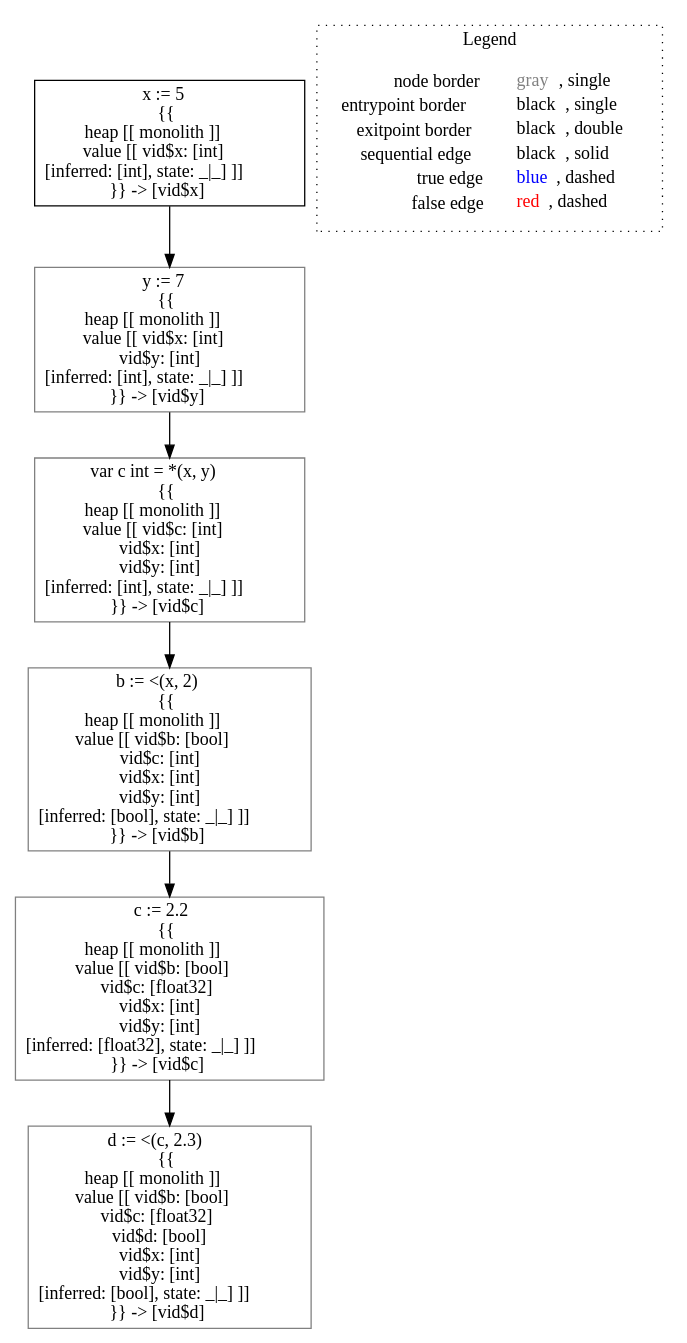
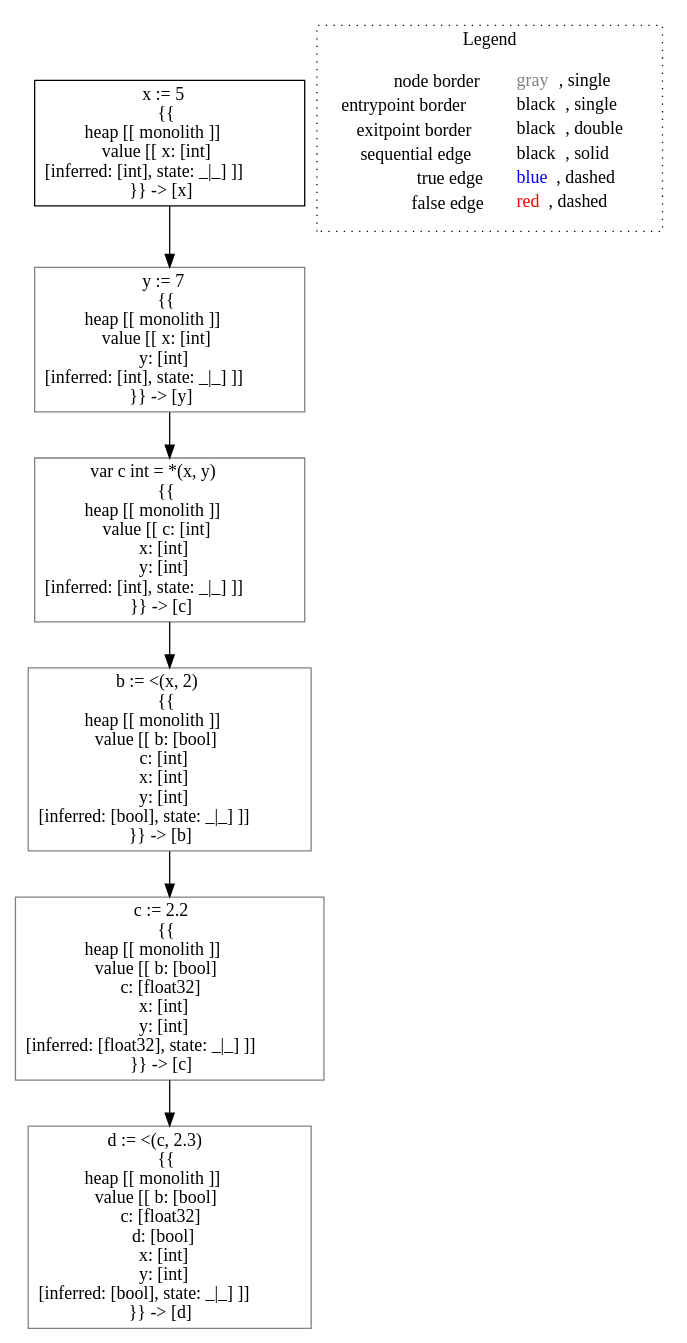
One commit to lisa-analyzer/go-lisa changed the diagram in go-lisa/go-testcases/typing/typing___untyped_~LiSAProgram.relTyping().dot. Above: the diagram before and after it, drawn with Graphviz. The commit also changed 10 other files, not shown here.

```diff
--- a/go-lisa/go-testcases/typing/typing___untyped_~LiSAProgram.relTyping().dot
+++ b/go-lisa/go-testcases/typing/typing___untyped_~LiSAProgram.relTyping().dot
@@ -1,20 +1,20 @@
 digraph {
-	"node0" [shape="rect",color="black",label=<x := 5<BR/>{{<BR/>heap [[ monolith ]]<BR/>value [[ vid$x: [int]<BR/>[inferred: [int], state: _|_] ]]<BR/>}} -&gt; [vid$x]>];
-	"node1" [shape="rect",color="gray",label=<b := &lt;(x, 2)<BR/>{{<BR/>heap [[ monolith ]]<BR/>value [[ vid$b: [bool]<BR/>vid$c: [int]<BR/>vid$x: [int]<BR/>vid$y: [int]<BR/>[inferred: [bool], state: _|_] ]]<BR/>}} -&gt; [vid$b]>];
-	"node2" [shape="rect",color="gray",label=<y := 7<BR/>{{<BR/>heap [[ monolith ]]<BR/>value [[ vid$x: [int]<BR/>vid$y: [int]<BR/>[inferred: [int], state: _|_] ]]<BR/>}} -&gt; [vid$y]>];
-	"node3" [shape="rect",color="gray",label=<d := &lt;(c, 2.3)<BR/>{{<BR/>heap [[ monolith ]]<BR/>value [[ vid$b: [bool]<BR/>vid$c: [float32]<BR/>vid$d: [bool]<BR/>vid$x: [int]<BR/>vid$y: [int]<BR/>[inferred: [bool], state: _|_] ]]<BR/>}} -&gt; [vid$d]>];
-	"node4" [shape="rect",color="gray",label=<var c int = *(x, y)<BR/>{{<BR/>heap [[ monolith ]]<BR/>value [[ vid$c: [int]<BR/>vid$x: [int]<BR/>vid$y: [int]<BR/>[inferred: [int], state: _|_] ]]<BR/>}} -&gt; [vid$c]>];
-	"node5" [shape="rect",color="gray",label=<c := 2.2<BR/>{{<BR/>heap [[ monolith ]]<BR/>value [[ vid$b: [bool]<BR/>vid$c: [float32]<BR/>vid$x: [int]<BR/>vid$y: [int]<BR/>[inferred: [float32], state: _|_] ]]<BR/>}} -&gt; [vid$c]>];
-	"node1" -> "node5" [color="black"];
-	"node2" -> "node4" [color="black"];
+	"node0" [shape="rect",color="black",label=<x := 5<BR/>{{<BR/>heap [[ monolith ]]<BR/>value [[ x: [int]<BR/>[inferred: [int], state: _|_] ]]<BR/>}} -&gt; [x]>];
+	"node1" [shape="rect",color="gray",label=<c := 2.2<BR/>{{<BR/>heap [[ monolith ]]<BR/>value [[ b: [bool]<BR/>c: [float32]<BR/>x: [int]<BR/>y: [int]<BR/>[inferred: [float32], state: _|_] ]]<BR/>}} -&gt; [c]>];
+	"node2" [shape="rect",color="gray",label=<y := 7<BR/>{{<BR/>heap [[ monolith ]]<BR/>value [[ x: [int]<BR/>y: [int]<BR/>[inferred: [int], state: _|_] ]]<BR/>}} -&gt; [y]>];
+	"node3" [shape="rect",color="gray",label=<b := &lt;(x, 2)<BR/>{{<BR/>heap [[ monolith ]]<BR/>value [[ b: [bool]<BR/>c: [int]<BR/>x: [int]<BR/>y: [int]<BR/>[inferred: [bool], state: _|_] ]]<BR/>}} -&gt; [b]>];
+	"node4" [shape="rect",color="gray",label=<d := &lt;(c, 2.3)<BR/>{{<BR/>heap [[ monolith ]]<BR/>value [[ b: [bool]<BR/>c: [float32]<BR/>d: [bool]<BR/>x: [int]<BR/>y: [int]<BR/>[inferred: [bool], state: _|_] ]]<BR/>}} -&gt; [d]>];
+	"node5" [shape="rect",color="gray",label=<var c int = *(x, y)<BR/>{{<BR/>heap [[ monolith ]]<BR/>value [[ c: [int]<BR/>x: [int]<BR/>y: [int]<BR/>[inferred: [int], state: _|_] ]]<BR/>}} -&gt; [c]>];
+	"node1" -> "node4" [color="black"];
+	"node2" -> "node5" [color="black"];
+	"node3" -> "node1" [color="black"];
 	"node0" -> "node2" [color="black"];
-	"node4" -> "node1" [color="black"];
 	"node5" -> "node3" [color="black"];
 subgraph cluster_legend {
 	label="Legend";
 	style=dotted;
 	node [shape=plaintext];
 	"legend" [label=<<table border="0" cellpadding="2" cellspacing="0" cellborder="0"><tr><td align="right">node border&nbsp;</td><td align="left"><font color="gray">gray</font>, single</td></tr><tr><td align="right">entrypoint border&nbsp;</td><td align="left"><font color="black">black</font>, single</td></tr><tr><td align="right">exitpoint border&nbsp;</td><td align="left"><font color="black">black</font>, double</td></tr><tr><td align="right">sequential edge&nbsp;</td><td align="left"><font color="black">black</font>, solid</td></tr><tr><td align="right">true edge&nbsp;</td><td align="left"><font color="blue">blue</font>, dashed</td></tr><tr><td align="right">false edge&nbsp;</td><td align="left"><font color="red">red</font>, dashed</td></tr></table>>];
 }
 
 }
```
